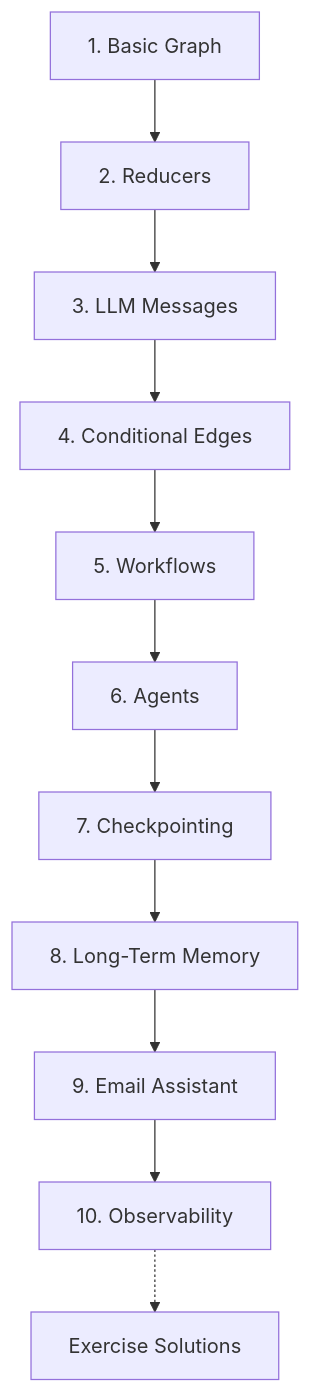
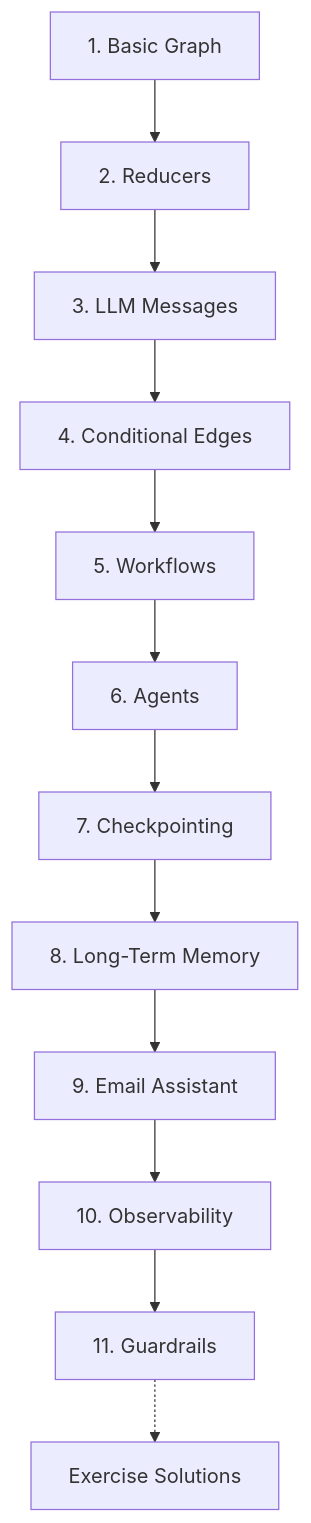
Before and after one commit to Walid-Ahmed/langgraph-tutorials: the second of 2 diagrams in README.md, drawn with Mermaid. The commit also changed other lines of this file and 2 other files, not shown here.

````diff
--- a/README.md
+++ b/README.md
@@ -36,13 +63,14 @@
 ```mermaid
 flowchart TD
     A["1. Basic Graph"] --> B["2. Reducers"]
     B --> C["3. LLM Messages"]
     C --> D["4. Conditional Edges"]
     D --> E["5. Workflows"]
     E --> F["6. Agents"]
     F --> G["7. Checkpointing"]
     G --> H["8. Long-Term Memory"]
     H --> I["9. Email Assistant"]
     I --> K["10. Observability"]
-    K -.-> J["Exercise Solutions"]
+    K --> L["11. Guardrails"]
+    L -.-> J["Exercise Solutions"]
 ```
````
